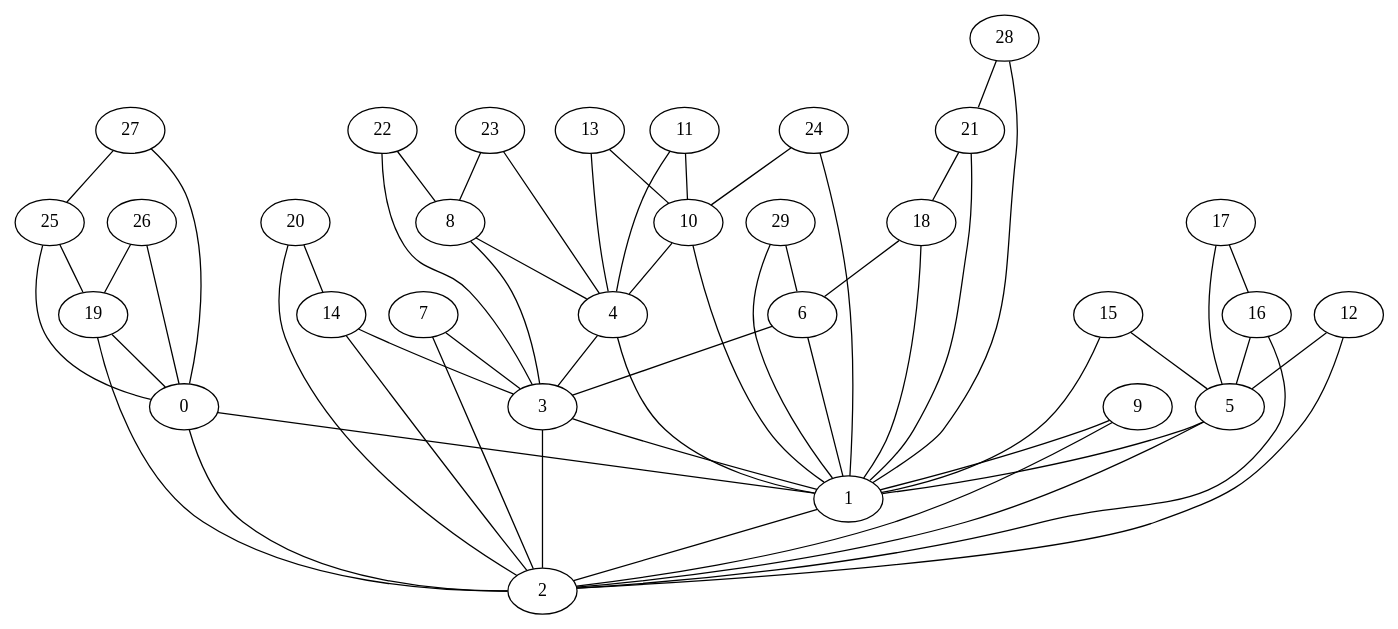
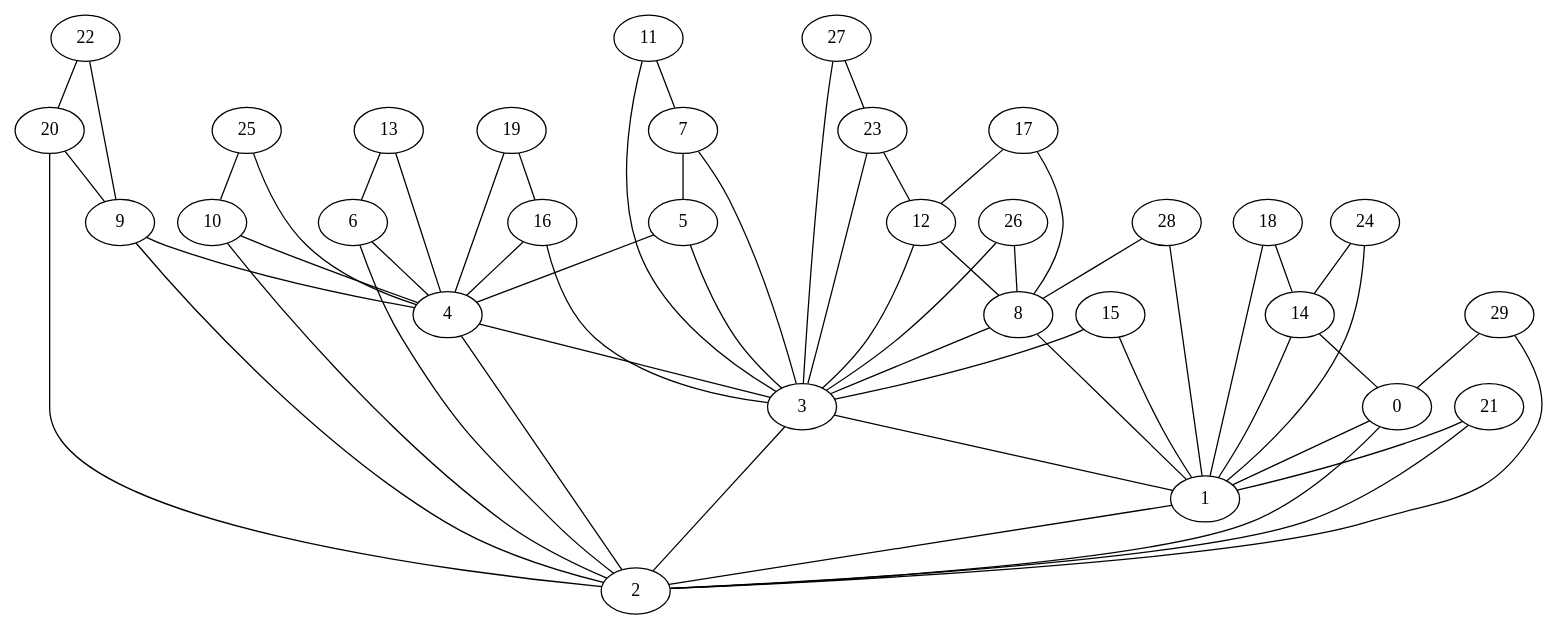
One commit to OmarAlejandroLinares/ProyectoDAA changed the diagram in gv/Dorogovtsev_Mendes_30.gv. Above: the diagram before and after it, drawn with Graphviz. The commit also changed 40 other files, not shown here.

```diff
--- a/gv/Dorogovtsev_Mendes_30.gv
+++ b/gv/Dorogovtsev_Mendes_30.gv
@@ -1,89 +1,89 @@
 graph {
 	0 [label=0]
 	1 [label=1]
 	2 [label=2]
 	3 [label=3]
 	4 [label=4]
 	5 [label=5]
 	6 [label=6]
 	7 [label=7]
 	8 [label=8]
 	9 [label=9]
 	10 [label=10]
 	11 [label=11]
 	12 [label=12]
 	13 [label=13]
 	14 [label=14]
 	15 [label=15]
 	16 [label=16]
 	17 [label=17]
 	18 [label=18]
 	19 [label=19]
 	20 [label=20]
 	21 [label=21]
 	22 [label=22]
 	23 [label=23]
 	24 [label=24]
 	25 [label=25]
 	26 [label=26]
 	27 [label=27]
 	28 [label=28]
 	29 [label=29]
 	0 -- 1
 	1 -- 2
 	2 -- 0
 	3 -- 1
 	3 -- 2
 	4 -- 3
-	4 -- 1
-	5 -- 1
-	5 -- 2
-	6 -- 3
-	6 -- 1
+	4 -- 2
+	5 -- 4
+	5 -- 3
+	6 -- 4
+	6 -- 2
+	7 -- 5
 	7 -- 3
-	7 -- 2
-	8 -- 4
 	8 -- 3
-	9 -- 1
+	8 -- 1
+	9 -- 4
 	9 -- 2
 	10 -- 4
-	10 -- 1
-	11 -- 10
-	11 -- 4
-	12 -- 5
-	12 -- 2
-	13 -- 10
+	10 -- 2
+	11 -- 7
+	11 -- 3
+	12 -- 8
+	12 -- 3
+	13 -- 6
 	13 -- 4
-	14 -- 3
-	14 -- 2
-	15 -- 5
+	14 -- 0
+	14 -- 1
+	15 -- 3
 	15 -- 1
-	16 -- 5
-	16 -- 2
-	17 -- 16
-	17 -- 5
-	18 -- 6
+	16 -- 4
+	16 -- 3
+	17 -- 12
+	17 -- 8
+	18 -- 14
 	18 -- 1
-	19 -- 2
-	19 -- 0
-	20 -- 14
+	19 -- 16
+	19 -- 4
+	20 -- 9
 	20 -- 2
-	21 -- 18
 	21 -- 1
-	22 -- 8
-	22 -- 3
-	23 -- 8
-	23 -- 4
-	24 -- 10
+	21 -- 2
+	22 -- 20
+	22 -- 9
+	23 -- 12
+	23 -- 3
+	24 -- 14
 	24 -- 1
-	25 -- 19
-	25 -- 0
-	26 -- 19
-	26 -- 0
-	27 -- 25
-	27 -- 0
-	28 -- 21
+	25 -- 10
+	25 -- 4
+	26 -- 8
+	26 -- 3
+	27 -- 23
+	27 -- 3
+	28 -- 8
 	28 -- 1
-	29 -- 6
-	29 -- 1
+	29 -- 2
+	29 -- 0
 }
```
